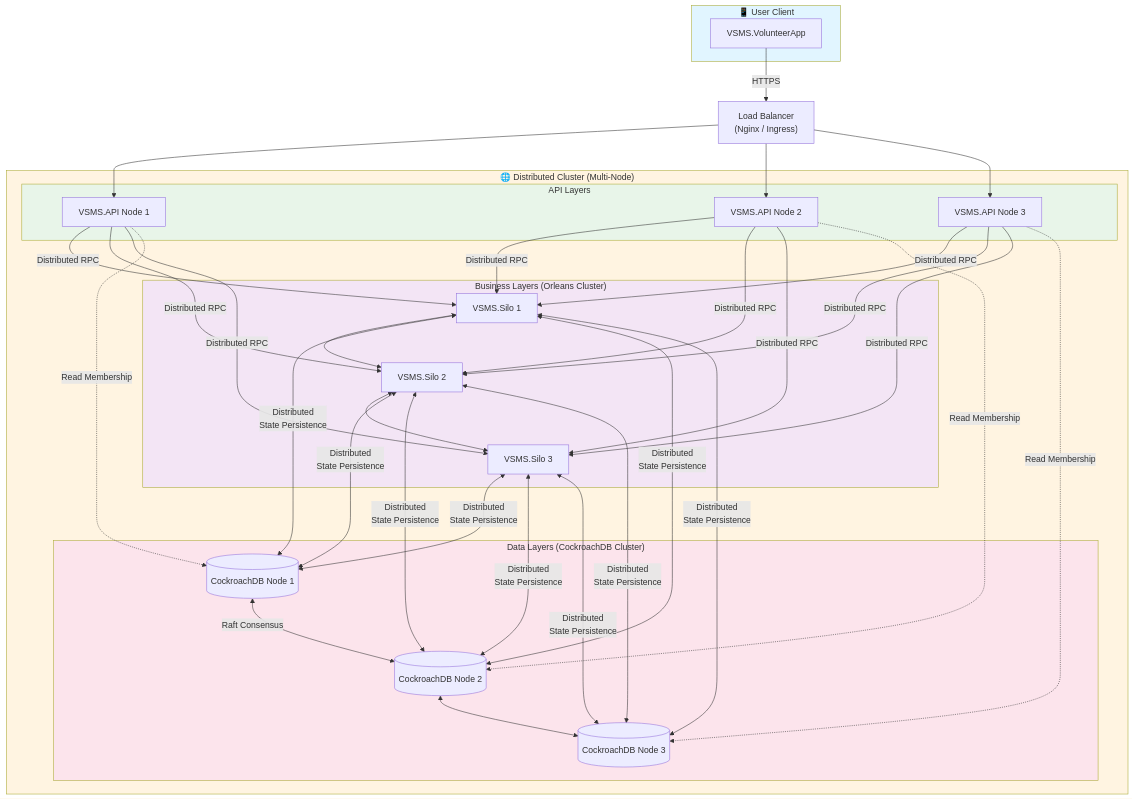
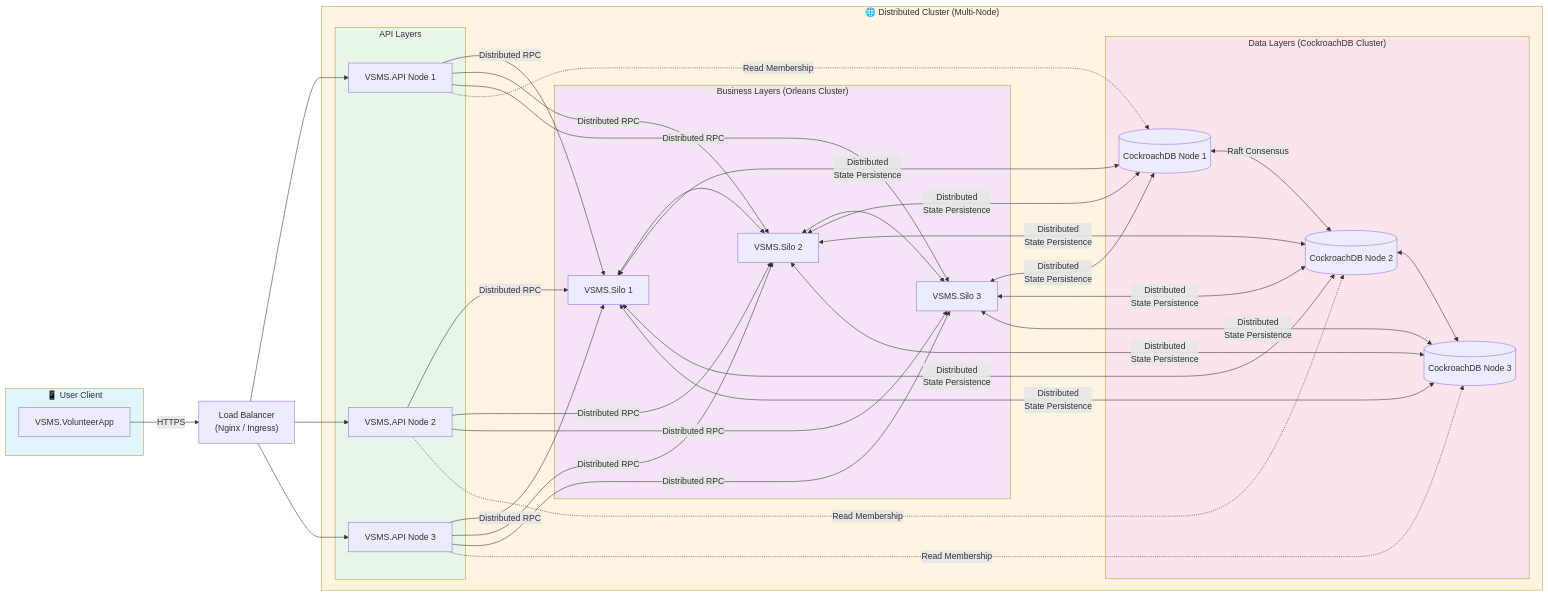
Before and after one commit to young-bob/CAD-Capstone: the fourth of 5 diagrams in Code/README.md, drawn with Mermaid. The commit also changed other lines of this file, not shown here.

````diff
--- a/Code/README.md
+++ b/Code/README.md
@@ -144,52 +145,52 @@
 ``` mermaid
-graph TB
+graph LR
     subgraph MobileLayer ["📱 User Client"]
         MobileApp["VSMS.VolunteerApp"]
     end
 
     LB["Load Balancer<br>(Nginx / Ingress)"]
 
     subgraph ClusterEnv ["🌐 Distributed Cluster (Multi-Node)"]
         subgraph APILayer ["API Layers"]
             API1["VSMS.API Node 1"]
             API2["VSMS.API Node 2"]
             API3["VSMS.API Node 3"]
         end
 
         subgraph BusinessLayer ["Business Layers (Orleans Cluster)"]
             Silo1["VSMS.Silo 1"]
             Silo2["VSMS.Silo 2"]
             Silo3["VSMS.Silo 3"]
         end
 
         subgraph DataLayer ["Data Layers (CockroachDB Cluster)"]
             CRDB1[("CockroachDB Node 1")]
             CRDB2[("CockroachDB Node 2")]
             CRDB3[("CockroachDB Node 3")]
         end
     end
 
     MobileApp -->|"HTTPS"| LB
     LB --> API1 & API2 & API3
     
     %% Orleans RPC Logic
     API1 & API2 & API3 -->|"Distributed RPC"| Silo1 & Silo2 & Silo3
     
     %% API to DB Membership Read
     API1 -.->|"Read Membership"| CRDB1
     API2 -.->|"Read Membership"| CRDB2
     API3 -.->|"Read Membership"| CRDB3
     
     %% Clustering & Persistence
     Silo1 <--> Silo2 <--> Silo3
     Silo1 & Silo2 & Silo3 <-->|"Distributed<br>State Persistence"| CRDB1 & CRDB2 & CRDB3
     
     %% DB Replication
     CRDB1 <-->|"Raft Consensus"| CRDB2 <--> CRDB3
 
     style MobileLayer fill:#e1f5ff
     style ClusterEnv fill:#fff4e1
     style APILayer fill:#e8f5e9
     style BusinessLayer fill:#f3e5f5
     style DataLayer fill:#fce4ec
 ```
````
